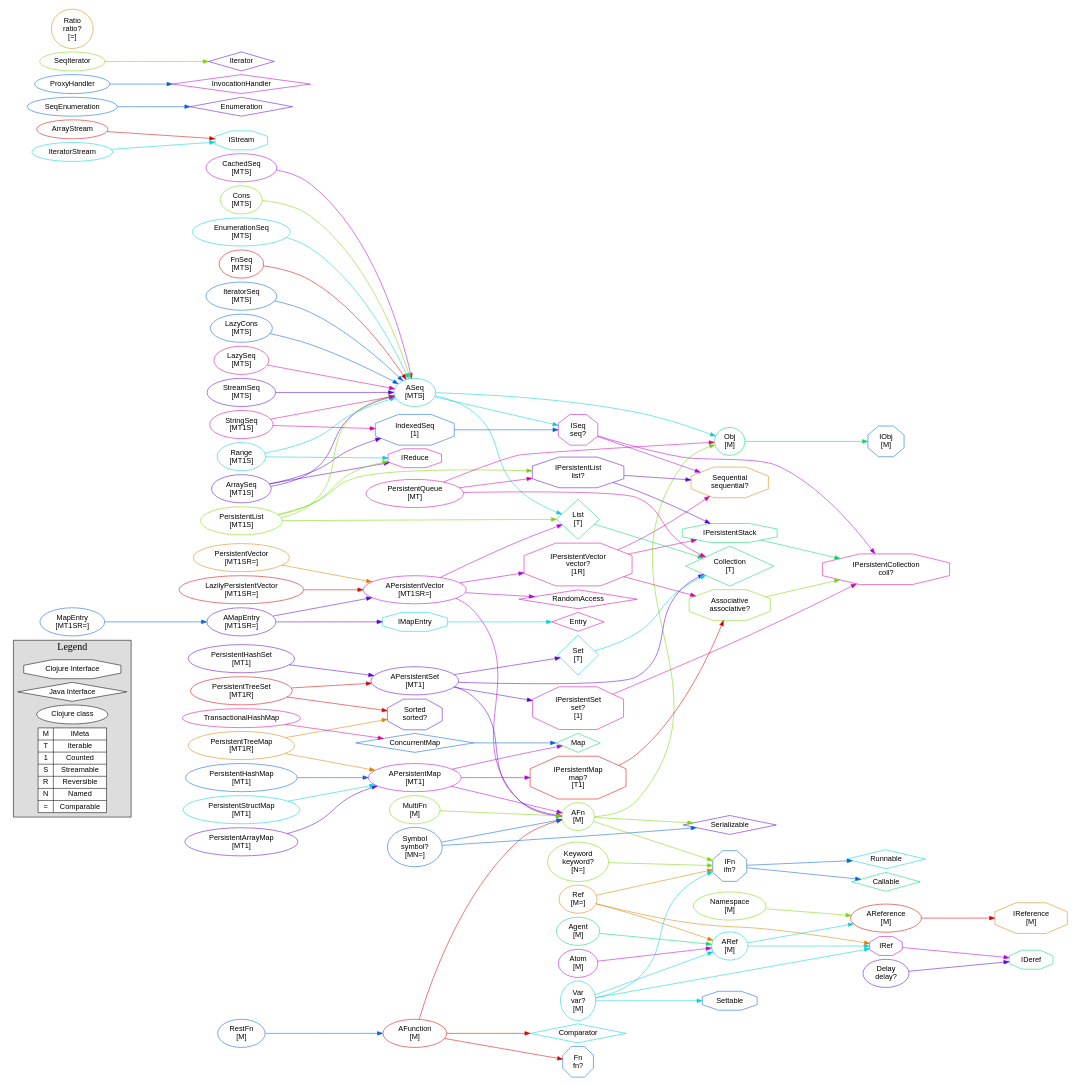
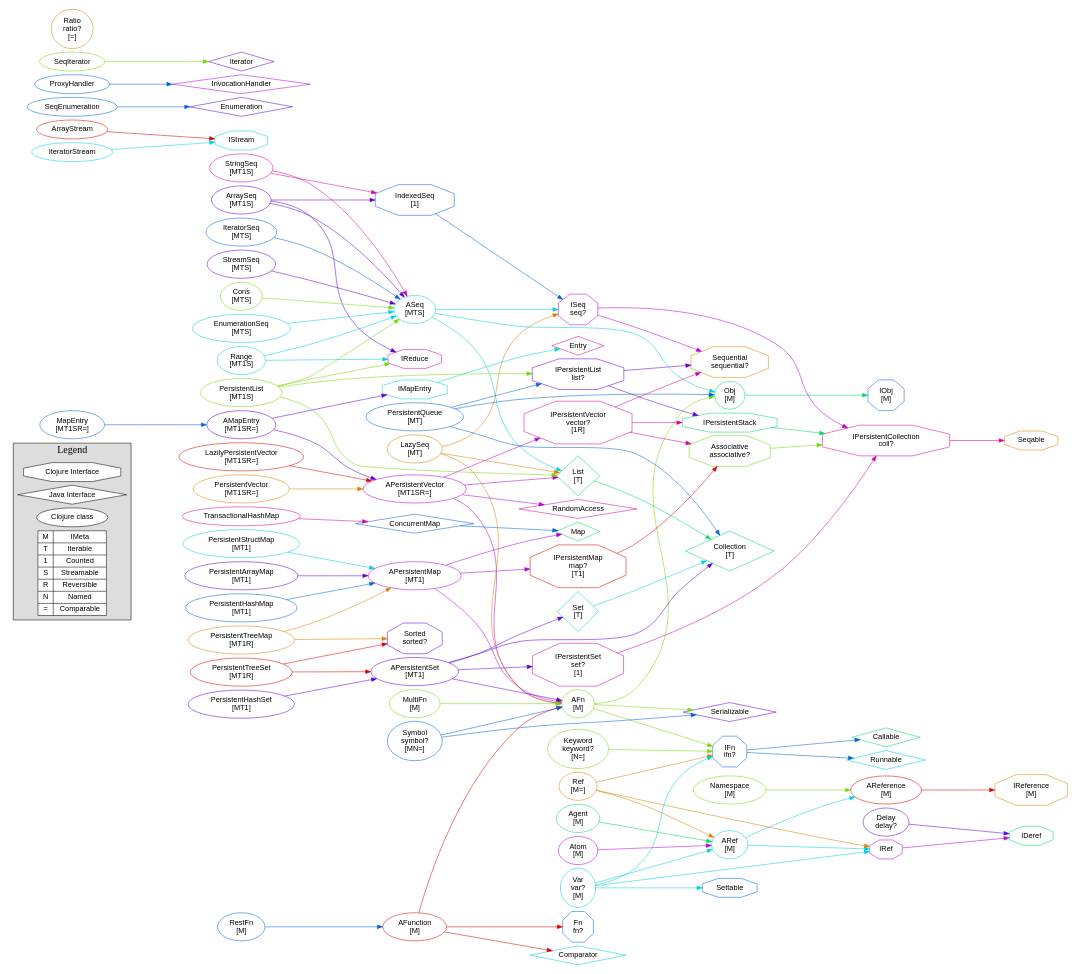
One commit to Chouser/clojure-classes changed the diagram in graph.dot. Above: the diagram before and after it, drawn with Graphviz. The commit also changed 4 other files, not shown here.

Commit message:
Update for Clojure SVN 1295. Update code to work with lazy-seq.

```diff
--- a/graph.dot
+++ b/graph.dot
@@ -67,8 +67,6 @@
   "interface clojure.lang.Associative" -> "interface clojure.lang.IPersistentCollection" [ color="#76d700" ];
   "class clojure.lang.Atom" [ label="Atom\n[M]" color="#b300d7" shape="oval"];
   "class clojure.lang.Atom" -> "class clojure.lang.ARef" [ color="#b300d7" ];
-  "class clojure.lang.CachedSeq" [ label="CachedSeq\n[MTS]" color="#b300d7" shape="oval"];
-  "class clojure.lang.CachedSeq" -> "class clojure.lang.ASeq" [ color="#b300d7" ];
   "interface java.util.concurrent.Callable" [ label="Callable" color="#00d764" shape="diamond"];
   "interface java.util.Collection" [ label="Collection\n[T]" color="#00d764" shape="diamond"];
   "interface java.util.Comparator" [ label="Comparator" color="#00d0d7" shape="diamond"];
@@ -83,8 +81,6 @@
   "class clojure.lang.EnumerationSeq" [ label="EnumerationSeq\n[MTS]" color="#00d0d7" shape="oval"];
   "class clojure.lang.EnumerationSeq" -> "class clojure.lang.ASeq" [ color="#00d0d7" ];
   "interface clojure.lang.Fn" [ label="Fn\nfn?" color="#0061d7" shape="octagon"];
-  "class clojure.lang.FnSeq" [ label="FnSeq\n[MTS]" color="#d70000" shape="oval"];
-  "class clojure.lang.FnSeq" -> "class clojure.lang.ASeq" [ color="#d70000" ];
   "interface clojure.lang.IDeref" [ label="IDeref" color="#00d764" shape="octagon"];
   "interface clojure.lang.IFn" [ label="IFn\nifn?" color="#0061d7" shape="octagon"];
   "interface clojure.lang.IFn" -> "interface java.util.concurrent.Callable" [ color="#0061d7" ];
@@ -93,6 +89,7 @@
   "interface clojure.lang.IMapEntry" -> "interface java.util.Map$Entry" [ color="#00d0d7" ];
   "interface clojure.lang.IObj" [ label="IObj\n[M]" color="#0061d7" shape="octagon"];
   "interface clojure.lang.IPersistentCollection" [ label="IPersistentCollection\ncoll?" color="#d7009e" shape="octagon"];
+  "interface clojure.lang.IPersistentCollection" -> "interface clojure.lang.Seqable" [ color="#d7009e" ];
   "interface clojure.lang.IPersistentList" [ label="IPersistentList\nlist?" color="#5a00d7" shape="octagon"];
   "interface clojure.lang.IPersistentList" -> "interface clojure.lang.Sequential" [ color="#5a00d7" ];
   "interface clojure.lang.IPersistentList" -> "interface clojure.lang.IPersistentStack" [ color="#5a00d7" ];
@@ -126,10 +123,10 @@
   "class clojure.lang.Keyword" -> "interface clojure.lang.IFn" [ color="#76d700" ];
   "class clojure.lang.LazilyPersistentVector" [ label="LazilyPersistentVector\n[MT1SR=]" color="#d70000" shape="oval"];
   "class clojure.lang.LazilyPersistentVector" -> "class clojure.lang.APersistentVector" [ color="#d70000" ];
-  "class clojure.lang.LazyCons" [ label="LazyCons\n[MTS]" color="#0061d7" shape="oval"];
-  "class clojure.lang.LazyCons" -> "class clojure.lang.ASeq" [ color="#0061d7" ];
-  "class clojure.lang.LazySeq" [ label="LazySeq\n[MTS]" color="#d7009e" shape="oval"];
-  "class clojure.lang.LazySeq" -> "class clojure.lang.ASeq" [ color="#d7009e" ];
+  "class clojure.lang.LazySeq" [ label="LazySeq\n[MT]" color="#d78100" shape="oval"];
+  "class clojure.lang.LazySeq" -> "class clojure.lang.AFn" [ color="#d78100" ];
+  "class clojure.lang.LazySeq" -> "interface clojure.lang.ISeq" [ color="#d78100" ];
+  "class clojure.lang.LazySeq" -> "interface java.util.List" [ color="#d78100" ];
   "interface java.util.List" [ label="List\n[T]" color="#00d764" shape="diamond"];
   "interface java.util.List" -> "interface java.util.Collection" [ color="#00d764" ];
   "interface java.util.Map" [ label="Map" color="#00d764" shape="diamond"];
@@ -152,10 +149,10 @@
   "class clojure.lang.PersistentList" -> "interface clojure.lang.IPersistentList" [ color="#76d700" ];
   "class clojure.lang.PersistentList" -> "interface clojure.lang.IReduce" [ color="#76d700" ];
   "class clojure.lang.PersistentList" -> "interface java.util.List" [ color="#76d700" ];
-  "class clojure.lang.PersistentQueue" [ label="PersistentQueue\n[MT]" color="#d7009e" shape="oval"];
-  "class clojure.lang.PersistentQueue" -> "class clojure.lang.Obj" [ color="#d7009e" ];
-  "class clojure.lang.PersistentQueue" -> "interface clojure.lang.IPersistentList" [ color="#d7009e" ];
-  "class clojure.lang.PersistentQueue" -> "interface java.util.Collection" [ color="#d7009e" ];
+  "class clojure.lang.PersistentQueue" [ label="PersistentQueue\n[MT]" color="#0061d7" shape="oval"];
+  "class clojure.lang.PersistentQueue" -> "class clojure.lang.Obj" [ color="#0061d7" ];
+  "class clojure.lang.PersistentQueue" -> "interface clojure.lang.IPersistentList" [ color="#0061d7" ];
+  "class clojure.lang.PersistentQueue" -> "interface java.util.Collection" [ color="#0061d7" ];
   "class clojure.lang.PersistentStructMap" [ label="PersistentStructMap\n[MT1]" color="#00d0d7" shape="oval"];
   "class clojure.lang.PersistentStructMap" -> "class clojure.lang.APersistentMap" [ color="#00d0d7" ];
   "class clojure.lang.PersistentTreeMap" [ label="PersistentTreeMap\n[MT1R]" color="#d78100" shape="oval"];
@@ -184,6 +181,7 @@
   "class clojure.lang.SeqEnumeration" -> "interface java.util.Enumeration" [ color="#0061d7" ];
   "class clojure.lang.SeqIterator" [ label="SeqIterator" color="#76d700" shape="oval"];
   "class clojure.lang.SeqIterator" -> "interface java.util.Iterator" [ color="#76d700" ];
+  "interface clojure.lang.Seqable" [ label="Seqable" color="#d78100" shape="octagon"];
   "interface clojure.lang.Sequential" [ label="Sequential\nsequential?" color="#d78100" shape="octagon"];
   "interface java.io.Serializable" [ label="Serializable" color="#5a00d7" shape="diamond"];
   "interface java.util.Set" [ label="Set\n[T]" color="#00d0d7" shape="diamond"];
```
